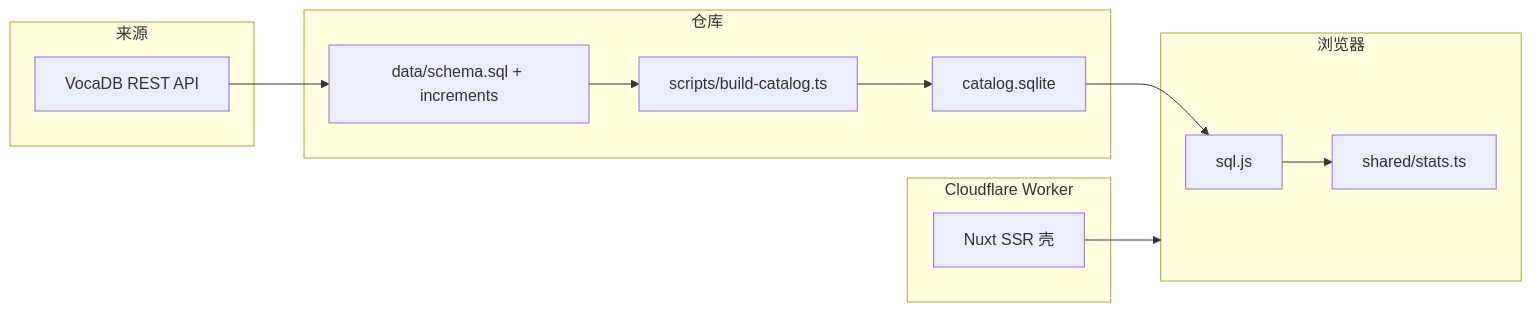
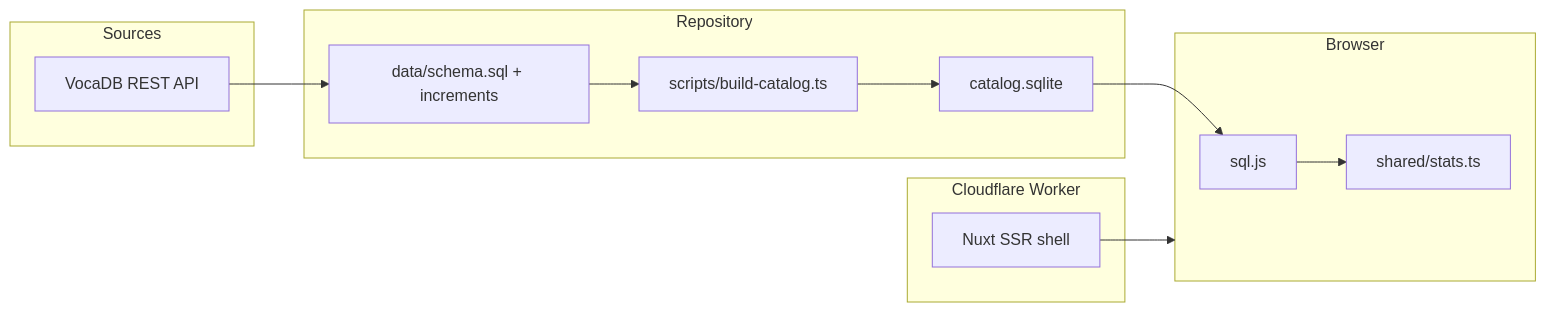
Before and after one commit to RJiazhen/miku-concert-stats: the diagram in docs/design.md, drawn with Mermaid. The commit also changed other lines of this file and 20 other files, not shown here.

````diff
--- a/docs/design.md
+++ b/docs/design.md
@@ -87,21 +87,21 @@
 ```mermaid
 flowchart LR
-  subgraph sources [来源]
+  subgraph sources [Sources]
     VocaDB["VocaDB REST API"]
   end
-  subgraph repo [仓库]
+  subgraph repo [Repository]
     SQL["data/schema.sql + increments"]
     Build["scripts/build-catalog.ts"]
     SQLite["catalog.sqlite"]
   end
   subgraph edge [Cloudflare Worker]
-    SSR["Nuxt SSR 壳"]
+    SSR["Nuxt SSR shell"]
   end
-  subgraph browser [浏览器]
+  subgraph browser [Browser]
     Wasm["sql.js"]
     Stats["shared/stats.ts"]
   end
   VocaDB --> SQL
   SQL --> Build --> SQLite --> Wasm --> Stats
   SSR --> browser
 ```
````
